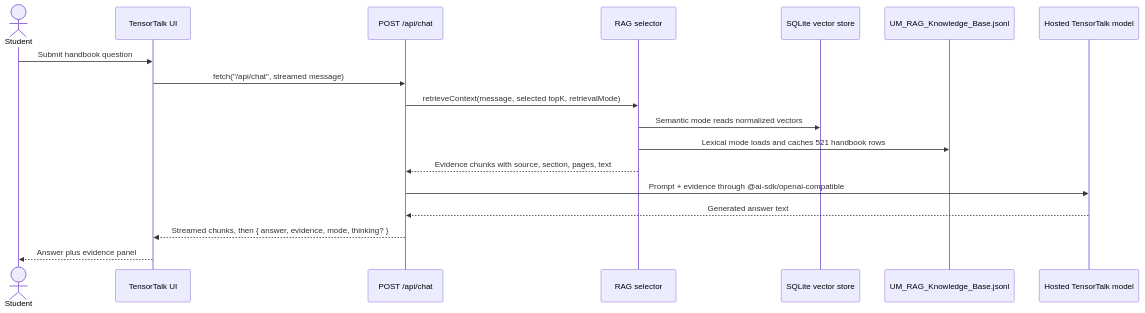
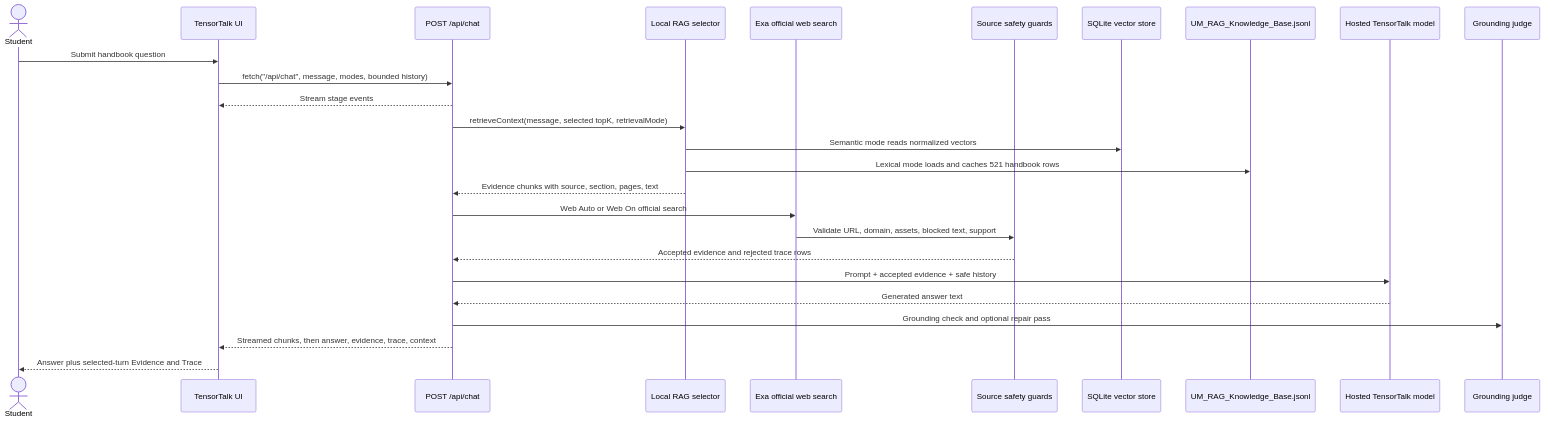
One commit to nfdlh/tensor-talk changed the diagram in docs/architecture.md. Above: the diagram before and after it, drawn with Mermaid. The commit also changed other lines of this file and 2 other files, not shown here.

Commit message:
docs: align agentic web search notes

````diff
--- a/docs/architecture.md
+++ b/docs/architecture.md
@@ -7,21 +7,29 @@
 ```mermaid
 sequenceDiagram
   actor Student
   participant UI as TensorTalk UI
   participant API as POST /api/chat
-  participant RAG as RAG selector
+  participant RAG as Local RAG selector
+  participant Web as Exa official web search
+  participant Guard as Source safety guards
   participant Vectors as SQLite vector store
   participant KB as UM_RAG_Knowledge_Base.jsonl
   participant Model as Hosted TensorTalk model
+  participant Judge as Grounding judge
 
   Student->>UI: Submit handbook question
-  UI->>API: fetch("/api/chat", streamed message)
+  UI->>API: fetch("/api/chat", message, modes, bounded history)
+  API-->>UI: Stream stage events
   API->>RAG: retrieveContext(message, selected topK, retrievalMode)
   RAG->>Vectors: Semantic mode reads normalized vectors
   RAG->>KB: Lexical mode loads and caches 521 handbook rows
   RAG-->>API: Evidence chunks with source, section, pages, text
-  API->>Model: Prompt + evidence through @ai-sdk/openai-compatible
+  API->>Web: Web Auto or Web On official search
+  Web->>Guard: Validate URL, domain, assets, blocked text, support
+  Guard-->>API: Accepted evidence and rejected trace rows
+  API->>Model: Prompt + accepted evidence + safe history
   Model-->>API: Generated answer text
-  API-->>UI: Streamed chunks, then { answer, evidence, mode, thinking? }
-  UI-->>Student: Answer plus evidence panel
+  API->>Judge: Grounding check and optional repair pass
+  API-->>UI: Streamed chunks, then answer, evidence, trace, context
+  UI-->>Student: Answer plus selected-turn Evidence and Trace
 ```
````
